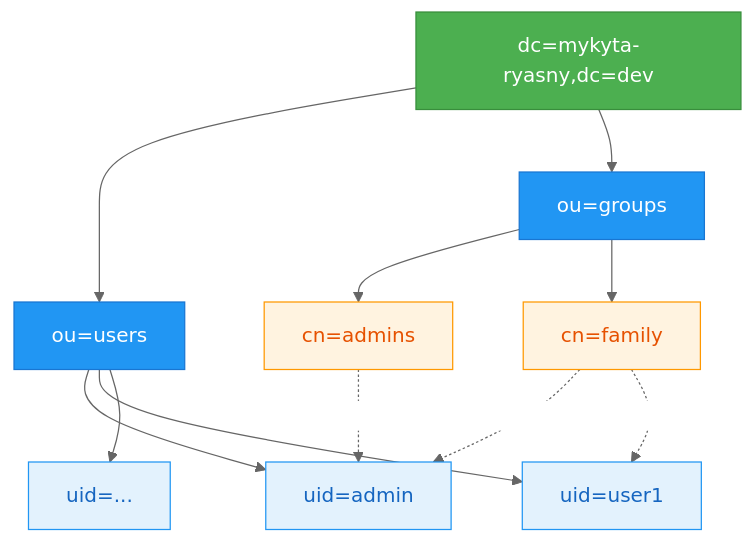
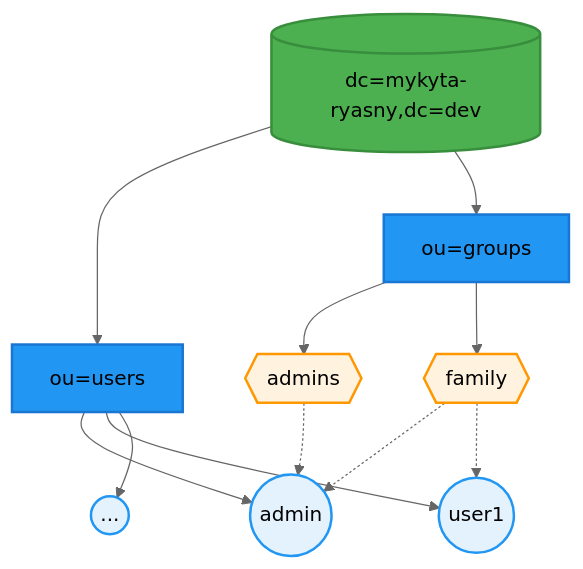
Before and after one commit to Mykyta-Home-Server/homeserver: the second of 4 diagrams in docs-site/src/content/docs/guides/ldap.mdx, drawn with Mermaid (neutral theme). The commit also changed other lines of this file and 2 other files, not shown here.

First line of the commit message:
Refine Mermaid diagrams: compact layouts and remove labels

````diff
--- a/docs-site/src/content/docs/guides/ldap.mdx
+++ b/docs-site/src/content/docs/guides/ldap.mdx
@@ -64,35 +67,31 @@
 ```mermaid
 flowchart TB
-    Root[dc=mykyta-ryasny,dc=dev]
-    Users[ou=users]
-    Groups[ou=groups]
+    Root@{ shape: cyl, label: "dc=mykyta-ryasny,dc=dev" }
 
-    Admin[uid=admin]
-    User1[uid=user1]
-    UserN[uid=...]
+    Users@{ shape: rect, label: "ou=users" }
+    Groups@{ shape: rect, label: "ou=groups" }
 
-    Admins[cn=admins]
-    Family[cn=family]
+    Admin@{ shape: circle, label: "admin" }
+    User1@{ shape: circle, label: "user1" }
+    UserN@{ shape: circle, label: "..." }
 
-    Root --> Users
-    Root --> Groups
-    Users --> Admin
-    Users --> User1
-    Users --> UserN
-    Groups --> Admins
-    Groups --> Family
+    Admins@{ shape: hex, label: "admins" }
+    Family@{ shape: hex, label: "family" }
 
-    Admins -.->|member| Admin
-    Family -.->|member| Admin
-    Family -.->|member| User1
+    Root --> Users & Groups
+    Users --> Admin & User1 & UserN
+    Groups --> Admins & Family
 
-    classDef root fill:#4caf50,stroke:#388e3c,color:#fff
-    classDef ou fill:#2196f3,stroke:#1976d2,color:#fff
-    classDef user fill:#e3f2fd,stroke:#2196f3,color:#1565c0
-    classDef group fill:#fff3e0,stroke:#ff9800,color:#e65100
+    Admins -.-> Admin
+    Family -.-> Admin & User1
+
+    classDef root fill:#4caf50,stroke:#388e3c,stroke-width:2px
+    classDef ou fill:#2196f3,stroke:#1976d2,stroke-width:2px
+    classDef user fill:#e3f2fd,stroke:#2196f3,stroke-width:2px
+    classDef group fill:#fff3e0,stroke:#ff9800,stroke-width:2px
 
     class Root root
     class Users,Groups ou
     class Admin,User1,UserN user
     class Admins,Family group
 ```
````
